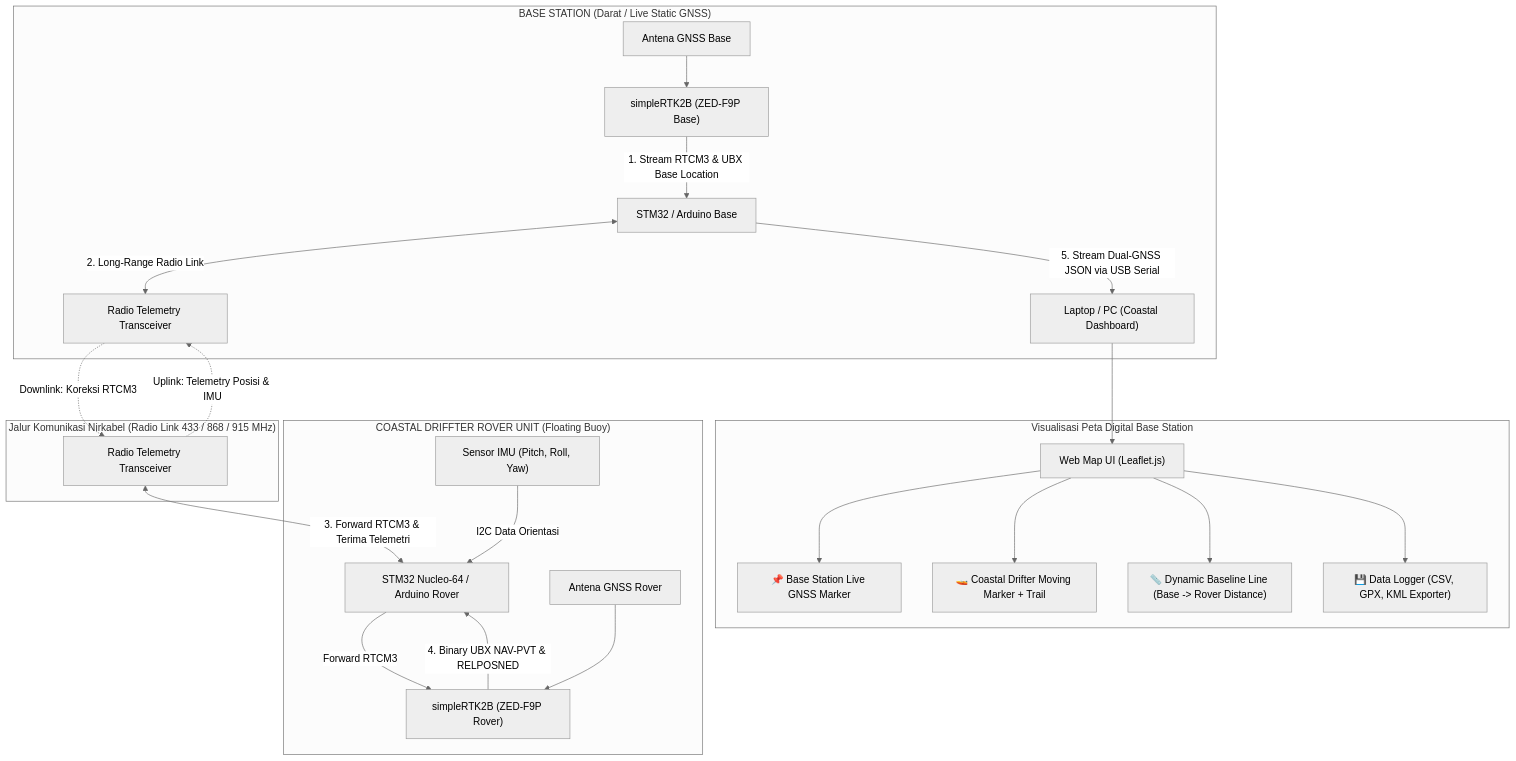
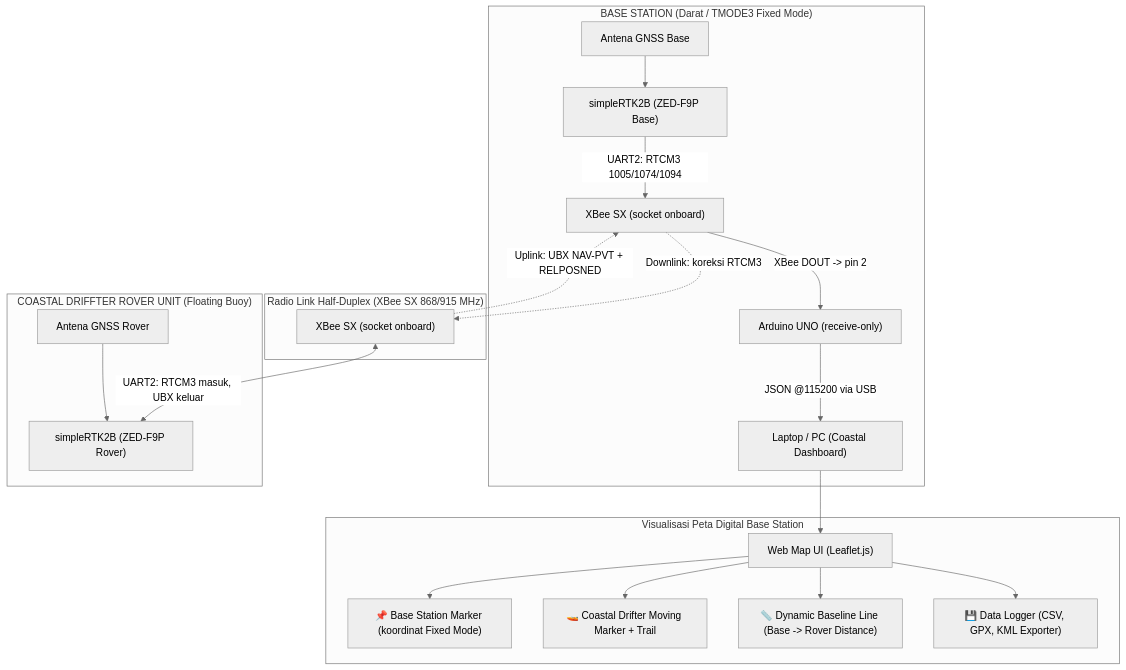
The diagram in README.md (KevinAR-18/Coastal-Driffter), drawn with Mermaid (neutral theme) before and after one commit. The commit also changed other lines of this file and 5 other files, not shown here.

````diff
--- a/README.md
+++ b/README.md
@@ -22,30 +26,27 @@
 ```mermaid
 flowchart TD
-    subgraph Base_Station ["BASE STATION (Darat / Live Static GNSS)"]
+    subgraph Base_Station ["BASE STATION (Darat / TMODE3 Fixed Mode)"]
         BS_Antenna["Antena GNSS Base"] --> BS_RTK["simpleRTK2B (ZED-F9P Base)"]
-        BS_RTK -->|1. Stream RTCM3 & UBX Base Location| STM32_Base["STM32 / Arduino Base"]
-        STM32_Base <-->|2. Long-Range Radio Link| Radio_Base["Radio Telemetry Transceiver"]
-        STM32_Base -->|5. Stream Dual-GNSS JSON via USB Serial| Web_Dashboard["Laptop / PC (Coastal Dashboard)"]
+        BS_RTK -->|"UART2: RTCM3 1005/1074/1094"| Radio_Base["XBee SX (socket onboard)"]
+        Radio_Base -->|"XBee DOUT -> pin 2"| MCU_Base["Arduino UNO (receive-only)"]
+        MCU_Base -->|"JSON @115200 via USB"| Web_Dashboard["Laptop / PC (Coastal Dashboard)"]
     end
 
-    subgraph Wireless_Link ["Jalur Komunikasi Nirkabel (Radio Link 433 / 868 / 915 MHz)"]
-        Radio_Base -.->|Downlink: Koreksi RTCM3| Radio_Rover["Radio Telemetry Transceiver"]
-        Radio_Rover -.->|Uplink: Telemetry Posisi & IMU| Radio_Base
+    subgraph Wireless_Link ["Radio Link Half-Duplex (XBee SX 868/915 MHz)"]
+        Radio_Base -.->|"Downlink: koreksi RTCM3"| Radio_Rover["XBee SX (socket onboard)"]
+        Radio_Rover -.->|"Uplink: UBX NAV-PVT + RELPOSNED"| Radio_Base
     end
 
     subgraph Coastal_Drifter_Unit ["COASTAL DRIFFTER ROVER UNIT (Floating Buoy)"]
-        Radio_Rover <-->|3. Forward RTCM3 & Terima Telemetri| MCU_Rover["STM32 Nucleo-64 / Arduino Rover"]
-        MCU_Rover -->|Forward RTCM3| R_RTK["simpleRTK2B (ZED-F9P Rover)"]
+        Radio_Rover <-->|"UART2: RTCM3 masuk, UBX keluar"| R_RTK["simpleRTK2B (ZED-F9P Rover)"]
         R_Antenna["Antena GNSS Rover"] --> R_RTK
-        R_RTK -->|4. Binary UBX NAV-PVT & RELPOSNED| MCU_Rover
-        IMU_Sensor["Sensor IMU (Pitch, Roll, Yaw)"] -->|I2C Data Orientasi| MCU_Rover
     end
 
     subgraph Map_Display ["Visualisasi Peta Digital Base Station"]
         Web_Dashboard --> Map_UI["Web Map UI (Leaflet.js)"]
-        Map_UI --> Base_Marker["📌 Base Station Live GNSS Marker"]
+        Map_UI --> Base_Marker["📌 Base Station Marker (koordinat Fixed Mode)"]
         Map_UI --> Rover_Marker["🚤 Coastal Drifter Moving Marker + Trail"]
         Map_UI --> Baseline_Vector["📏 Dynamic Baseline Line (Base -> Rover Distance)"]
         Map_UI --> Data_Logger["💾 Data Logger (CSV, GPX, KML Exporter)"]
     end
 ```
````
